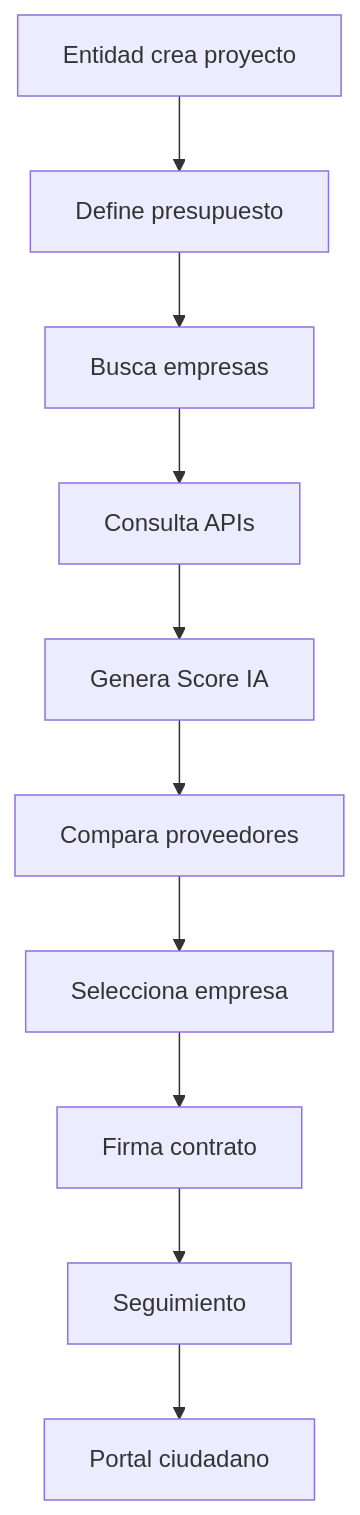
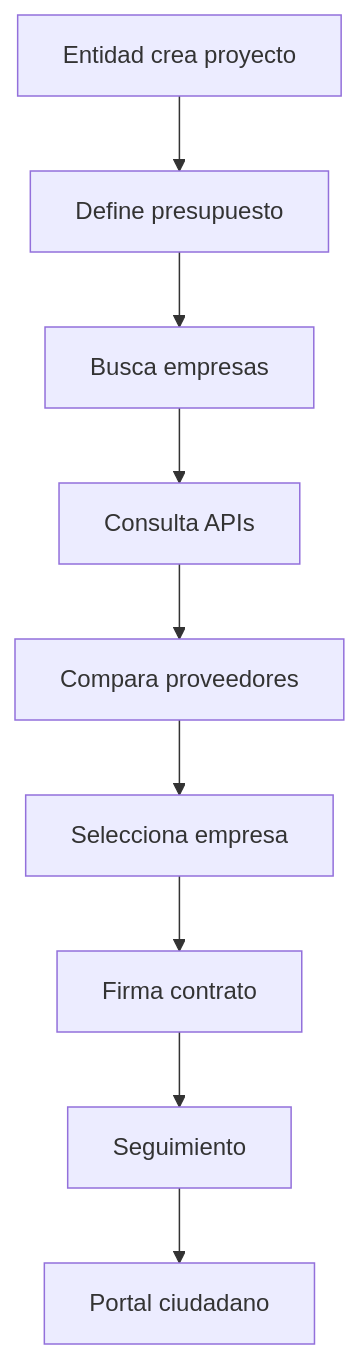
One commit to Dev-Livee/ContratIA-Peru changed the first of 2 diagrams in README.md. Above: the diagram before and after it, drawn with Mermaid.

````diff
--- a/README.md
+++ b/README.md
@@ -106,14 +106,13 @@
 ```mermaid
 flowchart TD
 
 A[Entidad crea proyecto]
 -->B[Define presupuesto]
 -->C[Busca empresas]
 -->D[Consulta APIs]
--->E[Genera Score IA]
 -->F[Compara proveedores]
 -->G[Selecciona empresa]
 -->H[Firma contrato]
 -->I[Seguimiento]
 -->J[Portal ciudadano]
 ```
````
